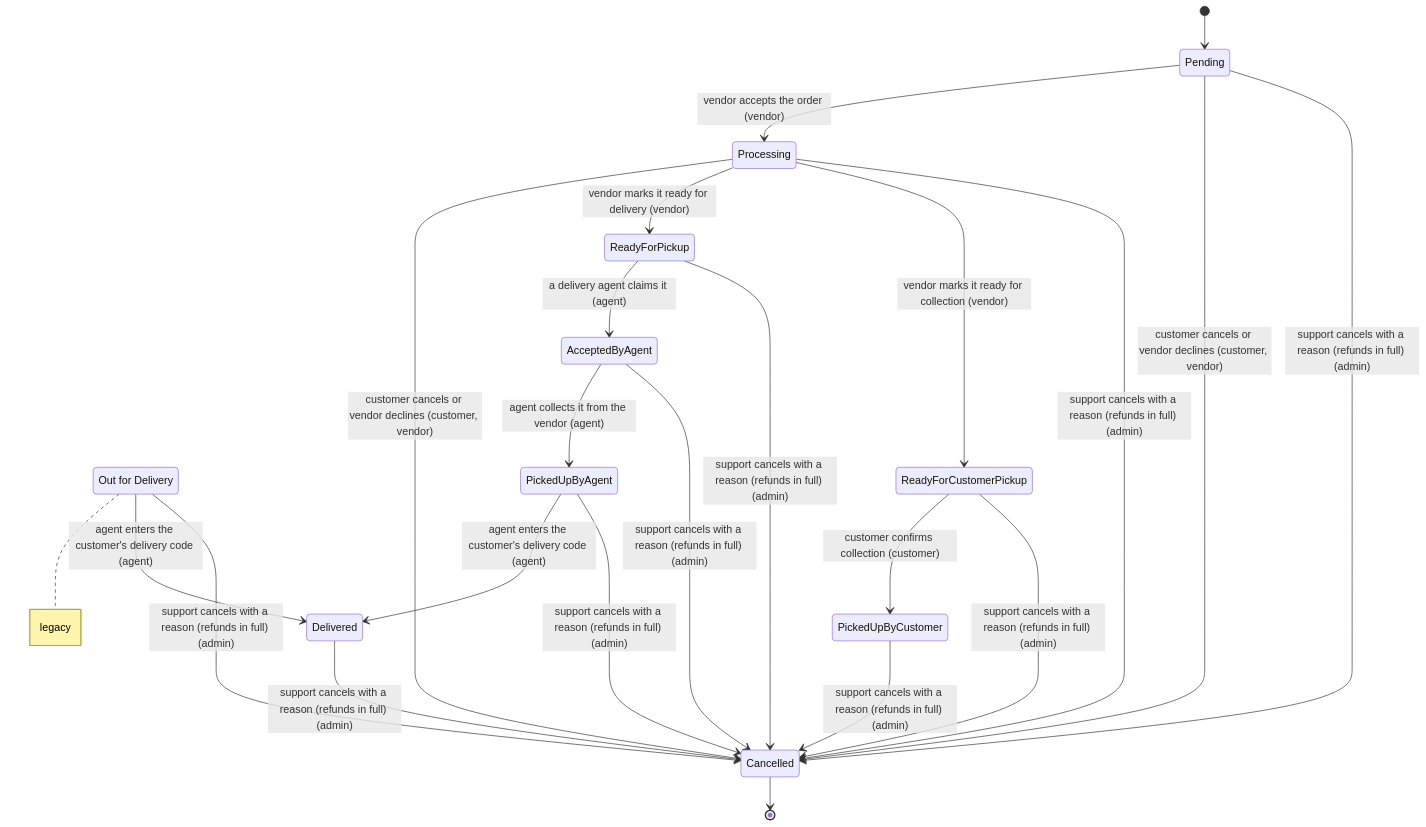
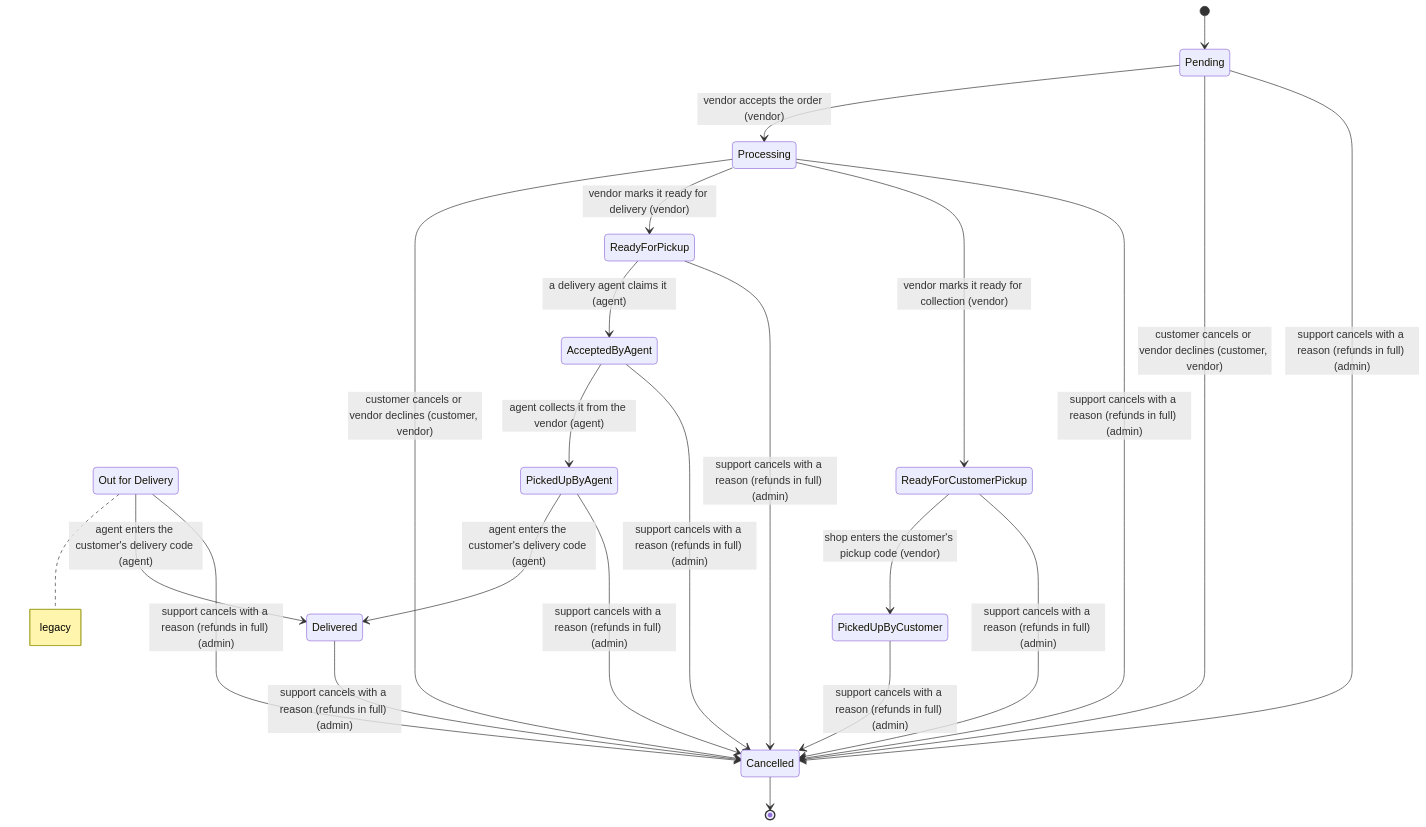
Before and after one commit to Masdpro/studio: the first of 7 diagrams in docs/state-machines.md, drawn with Mermaid. The commit also changed other lines of this file and 67 other files, not shown here.

First line of the commit message:
Pickup code instead of scanning; mobile clean-up: one-line headings, short labels, (i) tips

````diff
--- a/docs/state-machines.md
+++ b/docs/state-machines.md
@@ -16,26 +16,26 @@
 ```mermaid
 stateDiagram-v2
   state "Out for Delivery" as Out_for_Delivery
   note right of Out_for_Delivery : legacy
   [*] --> Pending
   Pending --> Processing : vendor accepts the order (vendor)
   Pending --> Cancelled : customer cancels or vendor declines (customer, vendor)
   Processing --> Cancelled : customer cancels or vendor declines (customer, vendor)
   Processing --> ReadyForPickup : vendor marks it ready for delivery (vendor)
   Processing --> ReadyForCustomerPickup : vendor marks it ready for collection (vendor)
-  ReadyForCustomerPickup --> PickedUpByCustomer : customer confirms collection (customer)
+  ReadyForCustomerPickup --> PickedUpByCustomer : shop enters the customer's pickup code (vendor)
   ReadyForPickup --> AcceptedByAgent : a delivery agent claims it (agent)
   AcceptedByAgent --> PickedUpByAgent : agent collects it from the vendor (agent)
   PickedUpByAgent --> Delivered : agent enters the customer's delivery code (agent)
   Out_for_Delivery --> Delivered : agent enters the customer's delivery code (agent)
   Pending --> Cancelled : support cancels with a reason (refunds in full) (admin)
   Processing --> Cancelled : support cancels with a reason (refunds in full) (admin)
   ReadyForPickup --> Cancelled : support cancels with a reason (refunds in full) (admin)
   ReadyForCustomerPickup --> Cancelled : support cancels with a reason (refunds in full) (admin)
   PickedUpByCustomer --> Cancelled : support cancels with a reason (refunds in full) (admin)
   AcceptedByAgent --> Cancelled : support cancels with a reason (refunds in full) (admin)
   PickedUpByAgent --> Cancelled : support cancels with a reason (refunds in full) (admin)
   Out_for_Delivery --> Cancelled : support cancels with a reason (refunds in full) (admin)
   Delivered --> Cancelled : support cancels with a reason (refunds in full) (admin)
   Cancelled --> [*]
 ```
````
